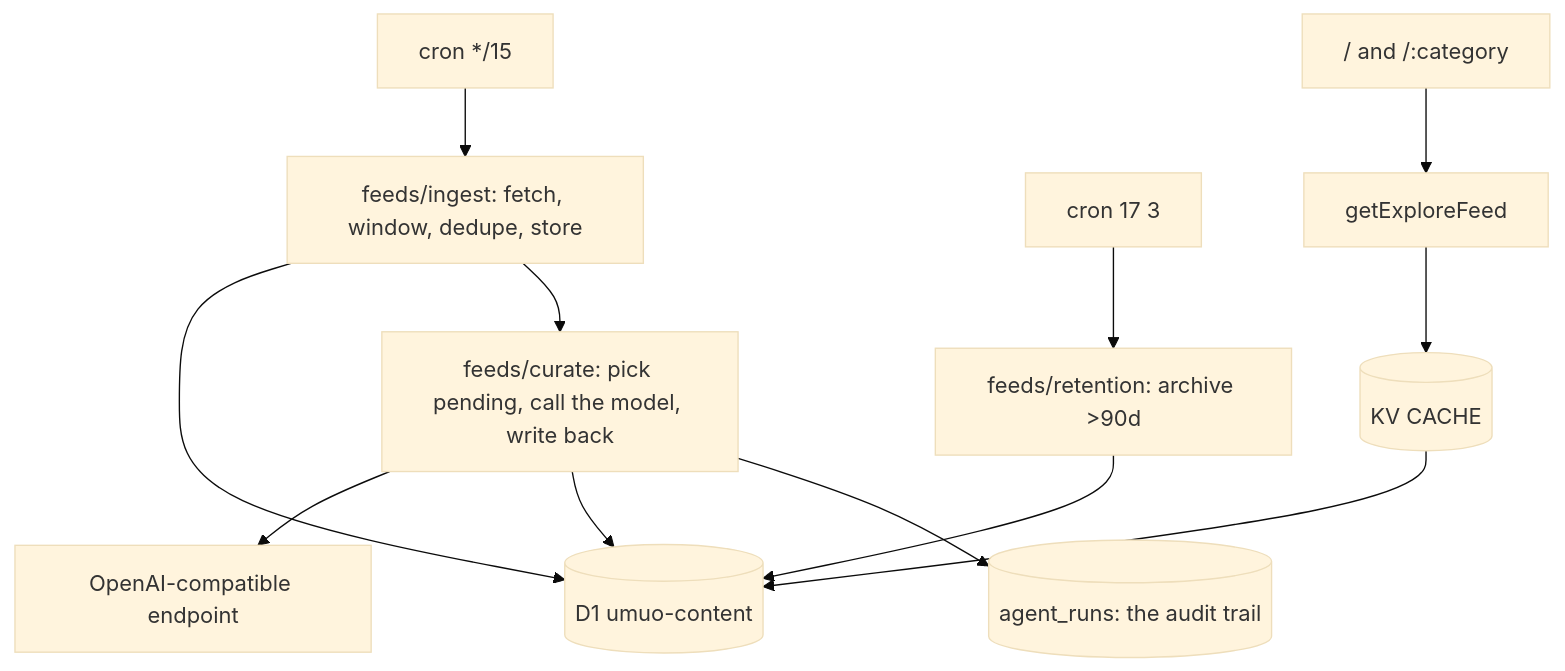
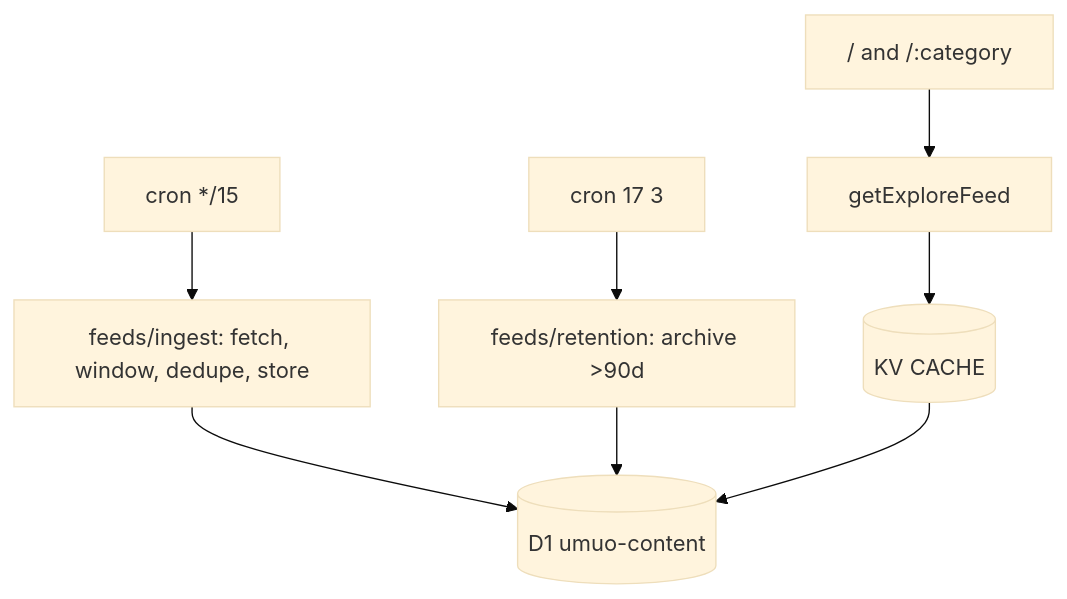
Before and after one commit to youming-ai/ai: the diagram in AGENTS.md, drawn with Mermaid (base theme). The commit also changed other lines of this file and 28 other files, not shown here.

First line of the commit message:
feat: go back to Poche Explore RSS and retire the model curator (#168)

````diff
--- a/AGENTS.md
+++ b/AGENTS.md
@@ -11,13 +11,9 @@
 ```mermaid
 graph TD
   Cron["cron */15"] --> Ingest[feeds/ingest: fetch, window, dedupe, store]
   Ingest --> D1[(D1 umuo-content)]
-  Ingest --> Curate[feeds/curate: pick pending, call the model, write back]
-  Curate --> LLM[OpenAI-compatible endpoint]
-  Curate --> D1
-  Curate --> Runs[(agent_runs: the audit trail)]
   Sweep["cron 17 3"] --> Retention[feeds/retention: archive >90d]
   Retention --> D1
 
   Home["/ and /:category"] --> Explore[getExploreFeed] --> KV1[(KV CACHE)] --> D1
 ```
````
